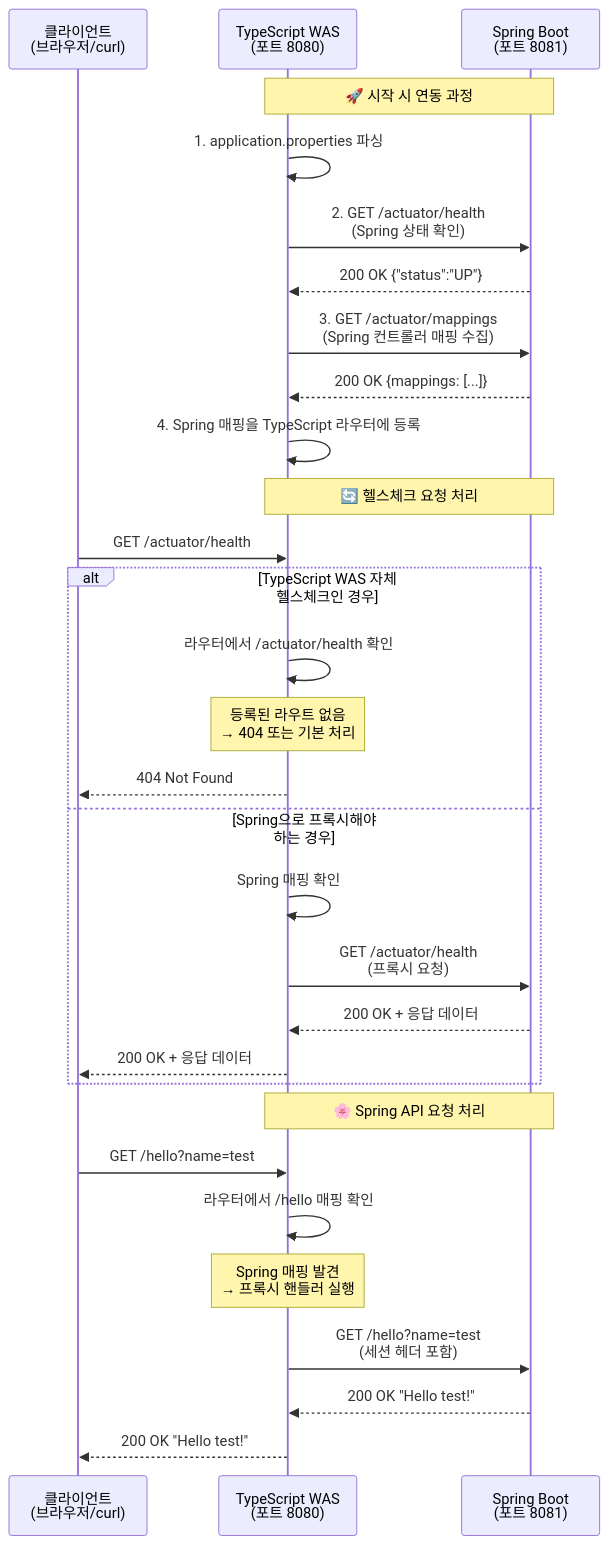
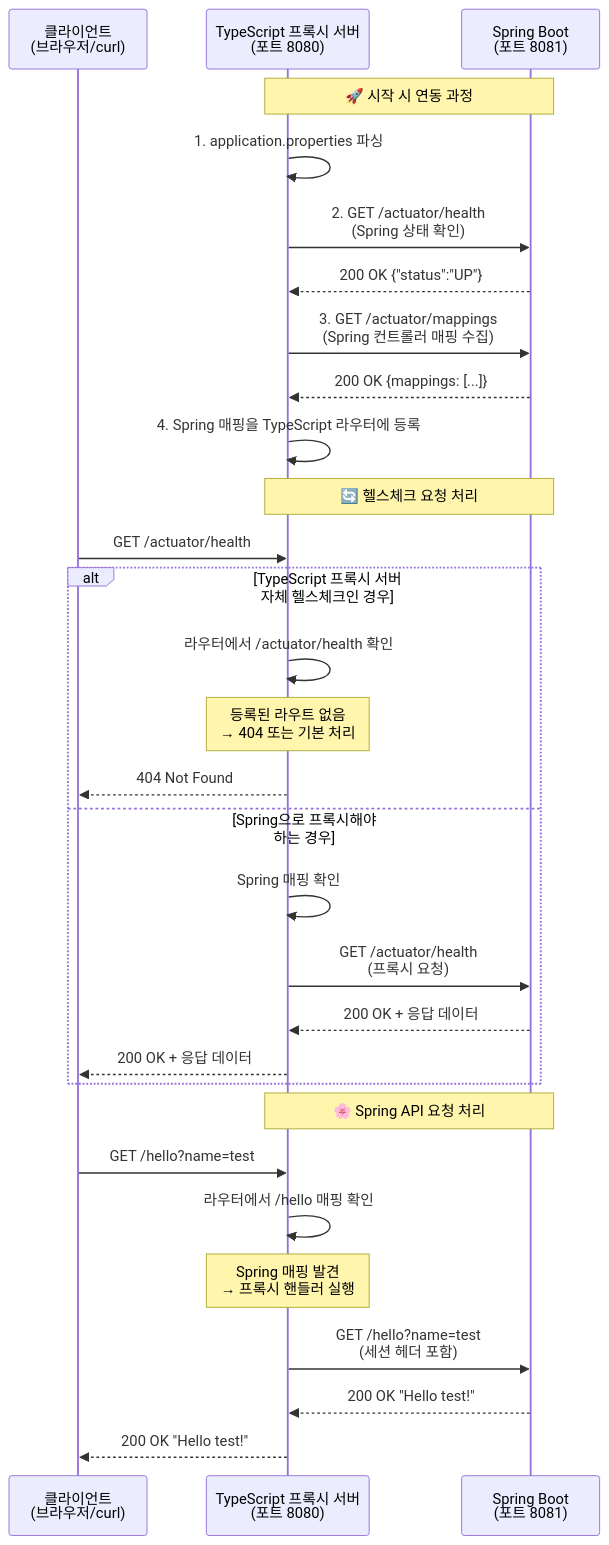
One commit to gggongbo/my_typescript_proxy_server changed the diagram in README.md. Above: the diagram before and after it, drawn with Mermaid. The commit also changed other lines of this file and 5 other files, not shown here.

````diff
--- a/README.md
+++ b/README.md
@@ -137,39 +137,39 @@
 ```mermaid
 sequenceDiagram
     participant Client as 클라이언트<br/>(브라우저/curl)
-    participant TypeScript as TypeScript WAS<br/>(포트 8080)
+    participant TypeScript as TypeScript 프록시 서버<br/>(포트 8080)
     participant Spring as Spring Boot<br/>(포트 8081)
     
     Note over TypeScript, Spring: 🚀 시작 시 연동 과정
     
     TypeScript->>TypeScript: 1. application.properties 파싱
     TypeScript->>Spring: 2. GET /actuator/health<br/>(Spring 상태 확인)
     Spring-->>TypeScript: 200 OK {"status":"UP"}
     TypeScript->>Spring: 3. GET /actuator/mappings<br/>(Spring 컨트롤러 매핑 수집)
     Spring-->>TypeScript: 200 OK {mappings: [...]}
     TypeScript->>TypeScript: 4. Spring 매핑을 TypeScript 라우터에 등록
     
     Note over TypeScript, Spring: 🔄 헬스체크 요청 처리
     
     Client->>TypeScript: GET /actuator/health
     
-    alt TypeScript WAS 자체 헬스체크인 경우
+    alt TypeScript 프록시 서버 자체 헬스체크인 경우
         TypeScript->>TypeScript: 라우터에서 /actuator/health 확인
         Note over TypeScript: 등록된 라우트 없음<br/>→ 404 또는 기본 처리
         TypeScript-->>Client: 404 Not Found
     else Spring으로 프록시해야 하는 경우
         TypeScript->>TypeScript: Spring 매핑 확인
         TypeScript->>Spring: GET /actuator/health<br/>(프록시 요청)
         Spring-->>TypeScript: 200 OK + 응답 데이터
         TypeScript-->>Client: 200 OK + 응답 데이터
     end
     
     Note over TypeScript, Spring: 🌸 Spring API 요청 처리
     
     Client->>TypeScript: GET /hello?name=test
     TypeScript->>TypeScript: 라우터에서 /hello 매핑 확인
     Note over TypeScript: Spring 매핑 발견<br/>→ 프록시 핸들러 실행
     TypeScript->>Spring: GET /hello?name=test<br/>(세션 헤더 포함)
     Spring-->>TypeScript: 200 OK "Hello test!"
     TypeScript-->>Client: 200 OK "Hello test!"
 ```
````
